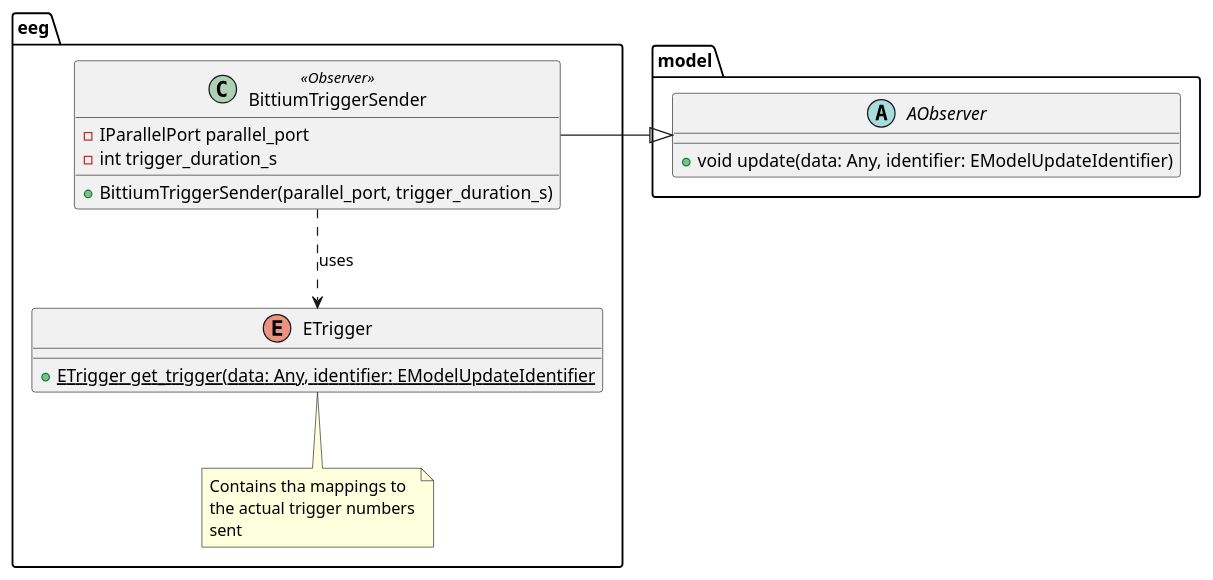
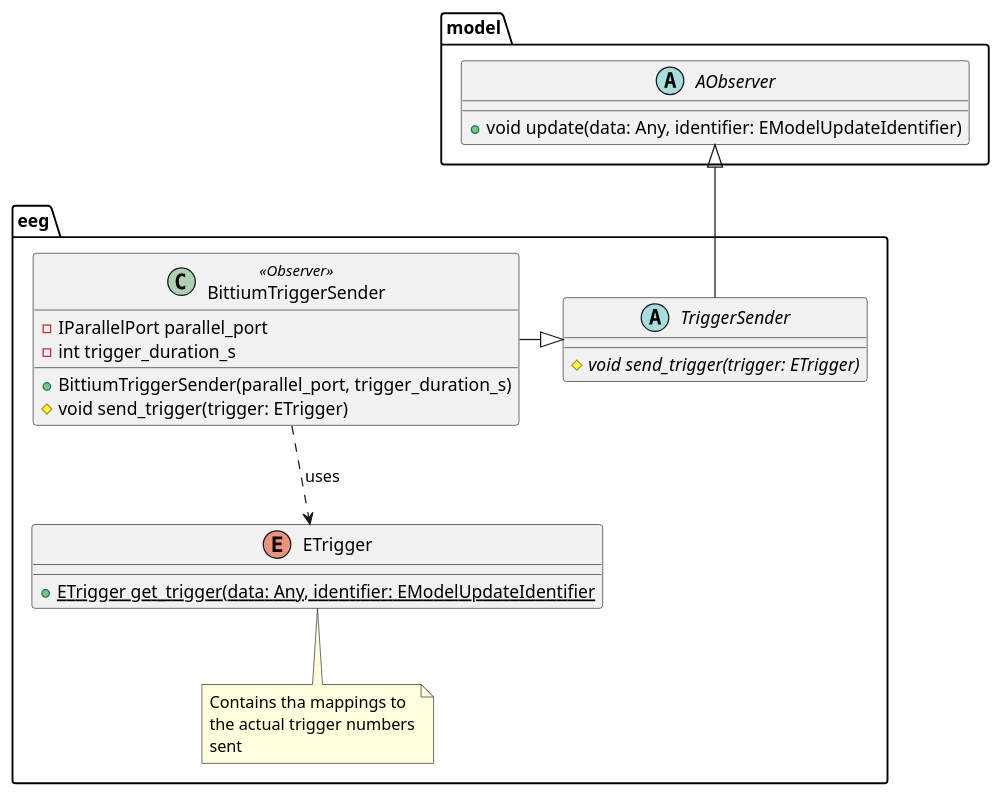
One commit to michalrzak/auditory-intention-decoding changed the diagram in diagrams/plantuml/class/eeg_class.puml. Above: the diagram before and after it, drawn with PlantUML. The commit also changed 6 other files, not shown here.

```diff
--- a/diagrams/plantuml/class/eeg_class.puml
+++ b/diagrams/plantuml/class/eeg_class.puml
@@ -1,26 +1,32 @@
 @startuml
 
 package model {
     abstract class AObserver {
         +void update(data: Any, identifier: EModelUpdateIdentifier)
     }
 }
 
 
 package eeg {
    enum ETrigger{
      +ETrigger {static} get_trigger(data: Any, identifier: EModelUpdateIdentifier
    }
    note bottom of ETrigger: Contains tha mappings to\nthe actual trigger numbers\nsent
 
+    abstract class TriggerSender {
+        #void {abstract} send_trigger(trigger: ETrigger)
+    }
+
    class BittiumTriggerSender<<Observer>> {
      -IParallelPort parallel_port
      -int trigger_duration_s
      +BittiumTriggerSender(parallel_port, trigger_duration_s)
+     #void send_trigger(trigger: ETrigger)
    }
 }
-BittiumTriggerSender -[norank]r-|> AObserver
+TriggerSender -u-|> AObserver
+BittiumTriggerSender -r-|> TriggerSender
 BittiumTriggerSender ..> ETrigger: "uses"
 
 
 @enduml
```
